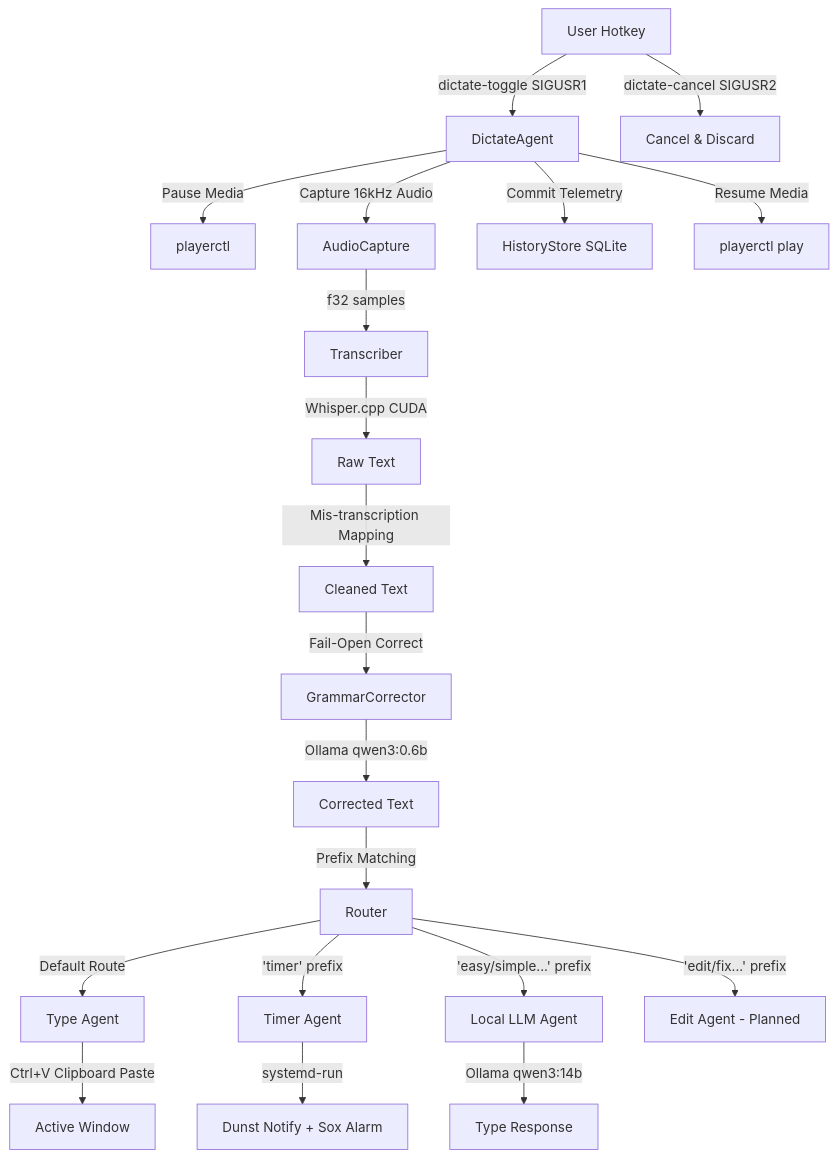
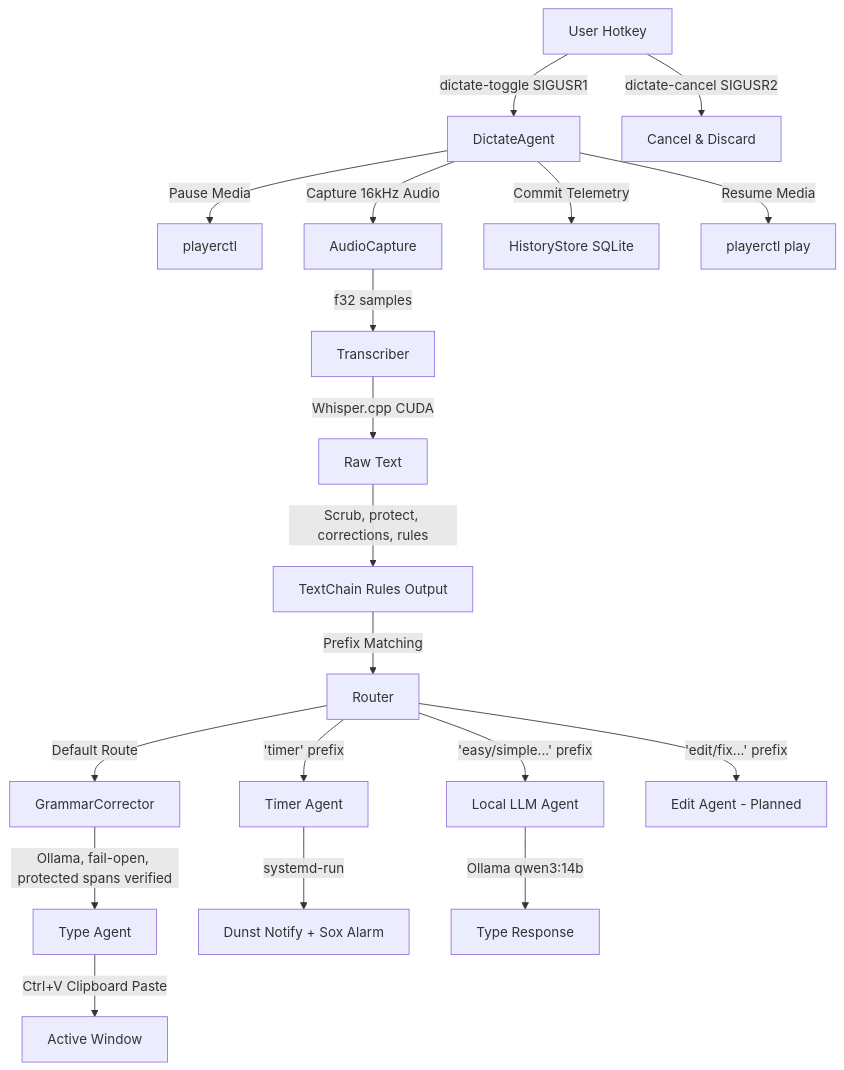
The diagram in AGENTS.md (jakedevar/dictate-agent), drawn with Mermaid before and after one commit. The commit also changed other lines of this file and 3 other files, not shown here.

````diff
--- a/AGENTS.md
+++ b/AGENTS.md
@@ -13,28 +13,26 @@
 ```mermaid
 graph TD
     A[User Hotkey] -->|dictate-toggle SIGUSR1| B[DictateAgent]
     B -->|Pause Media| C[playerctl]
     B -->|Capture 16kHz Audio| D[AudioCapture]
     A -->|dictate-cancel SIGUSR2| E[Cancel & Discard]
     
     D -->|f32 samples| F[Transcriber]
     F -->|Whisper.cpp CUDA| G[Raw Text]
-    G -->|Mis-transcription Mapping| H[Cleaned Text]
+    G -->|Scrub, protect, corrections, rules| H[TextChain Rules Output]
     
-    H -->|Fail-Open Correct| I[GrammarCorrector]
-    I -->|Ollama qwen3:0.6b| J[Corrected Text]
+    H -->|Prefix Matching| K[Router]
     
-    J -->|Prefix Matching| K[Router]
-    
-    K -->|Default Route| L[Type Agent]
+    K -->|Default Route| I[GrammarCorrector]
+    I -->|Ollama, fail-open, protected spans verified| L[Type Agent]
     K -->|'timer' prefix| M[Timer Agent]
     K -->|'easy/simple...' prefix| N[Local LLM Agent]
     K -->|'edit/fix...' prefix| O[Edit Agent - Planned]
     
     L -->|Ctrl+V Clipboard Paste| P[Active Window]
     M -->|systemd-run| Q[Dunst Notify + Sox Alarm]
     N -->|Ollama qwen3:14b| R[Type Response]
     
     B -->|Commit Telemetry| S[HistoryStore SQLite]
     B -->|Resume Media| T[playerctl play]
 ```
````
